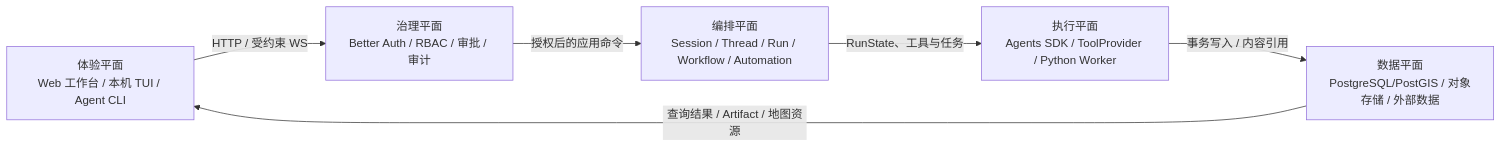
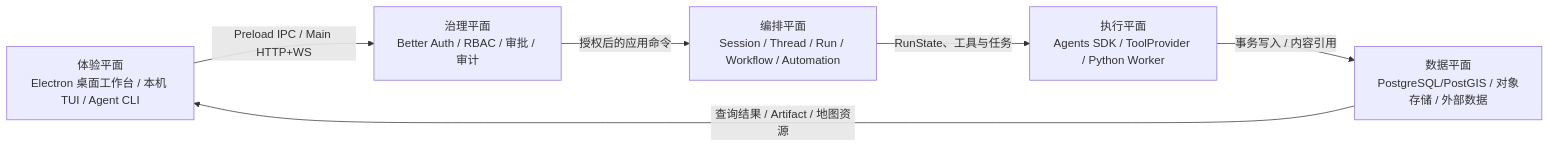
One commit to JamesLinYJ/MapAgents changed the diagram in docs/architecture/overview.md. Above: the diagram before and after it, drawn with Mermaid. The commit also changed other lines of this file and 817 other files, not shown here.

````diff
--- a/docs/architecture/overview.md
+++ b/docs/architecture/overview.md
@@ -29,14 +29,14 @@
 ```mermaid
 flowchart LR
-  UI["体验平面<br/>Web 工作台 / 本机 TUI / Agent CLI"]
+  UI["体验平面<br/>Electron 桌面工作台 / 本机 TUI / Agent CLI"]
   GOV["治理平面<br/>Better Auth / RBAC / 审批 / 审计"]
   ORCH["编排平面<br/>Session / Thread / Run / Workflow / Automation"]
   EXEC["执行平面<br/>Agents SDK / ToolProvider / Python Worker"]
   DATA["数据平面<br/>PostgreSQL/PostGIS / 对象存储 / 外部数据"]
 
-  UI -->|"HTTP / 受约束 WS"| GOV
+  UI -->|"Preload IPC / Main HTTP+WS"| GOV
   GOV -->|"授权后的应用命令"| ORCH
   ORCH -->|"RunState、工具与任务"| EXEC
   EXEC -->|"事务写入 / 内容引用"| DATA
   DATA -->|"查询结果 / Artifact / 地图资源"| UI
 ```
````
